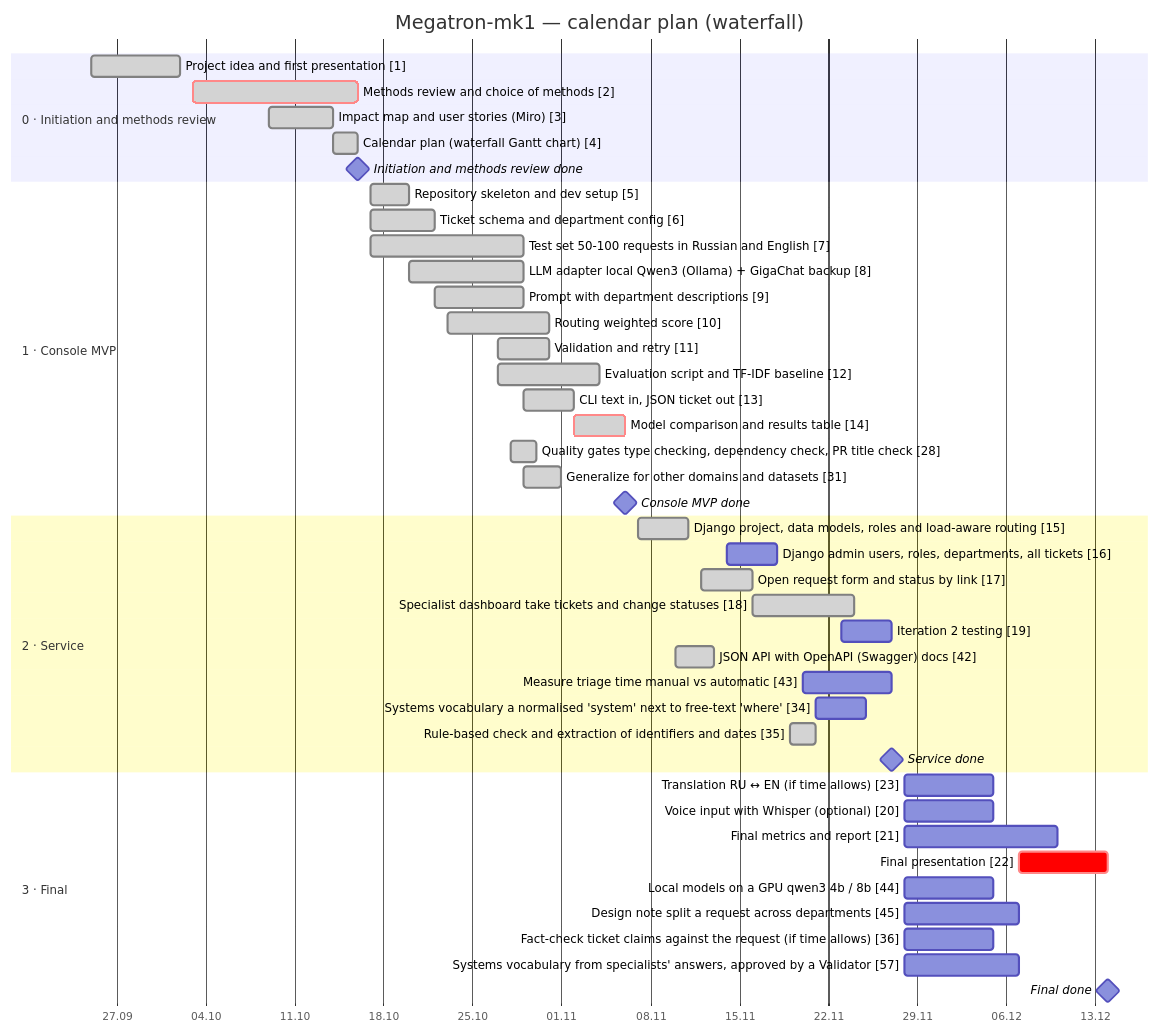
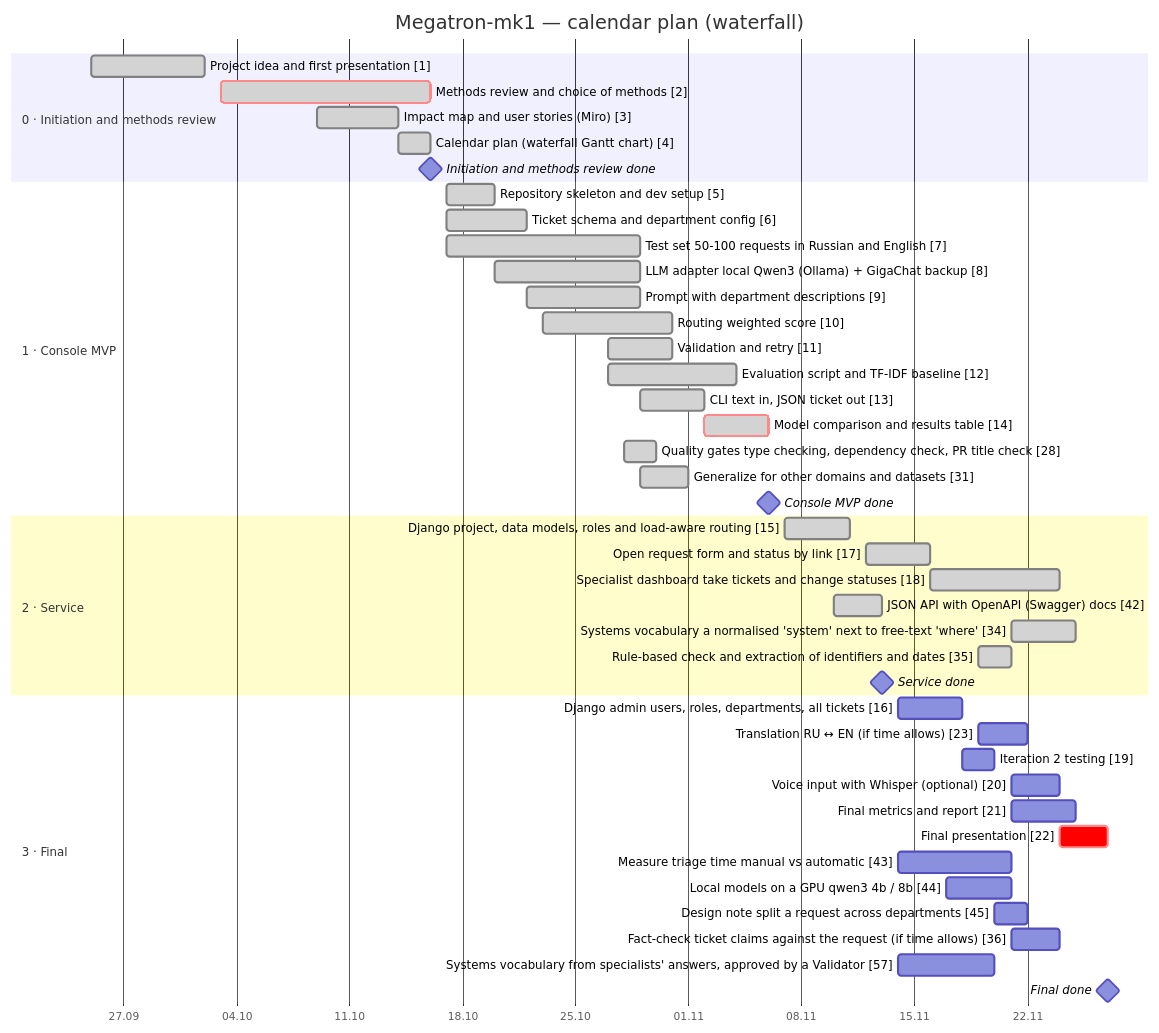
One commit to Leenday/support_megatron_mk1 changed the diagram in README.md. Above: the diagram before and after it, drawn with Mermaid. The commit also changed other lines of this file, not shown here.

First line of the commit message:
docs: iteration 2 report on 13.11, iteration 3 ends 27.11 (#59)

````diff
--- a/README.md
+++ b/README.md
@@ -111,48 +111,48 @@
 ```mermaid
 gantt
     title Megatron-mk1 — calendar plan (waterfall)
     dateFormat YYYY-MM-DD
     axisFormat %d.%m
     todayMarker on
     section 0 · Initiation and methods review
     Project idea and first presentation [1] :done, t1, 2026-09-25, 2026-10-02
     Methods review and choice of methods [2] :done, crit, t2, 2026-10-03, 2026-10-16
     Impact map and user stories (Miro) [3] :done, t3, 2026-10-09, 2026-10-14
     Calendar plan (waterfall Gantt chart) [4] :done, t4, 2026-10-14, 2026-10-16
     Initiation and methods review done :milestone, m0, 2026-10-16, 0d
     section 1 · Console MVP
     Repository skeleton and dev setup [5] :done, t5, 2026-10-17, 2026-10-20
     Ticket schema and department config [6] :done, t6, 2026-10-17, 2026-10-22
     Test set 50-100 requests in Russian and English [7] :done, t7, 2026-10-17, 2026-10-29
     LLM adapter local Qwen3 (Ollama) + GigaChat backup [8] :done, t8, 2026-10-20, 2026-10-29
     Prompt with department descriptions [9] :done, t9, 2026-10-22, 2026-10-29
     Routing weighted score [10] :done, t10, 2026-10-23, 2026-10-31
     Validation and retry [11] :done, t11, 2026-10-27, 2026-10-31
     Evaluation script and TF-IDF baseline [12] :done, t12, 2026-10-27, 2026-11-04
     CLI text in, JSON ticket out [13] :done, t13, 2026-10-29, 2026-11-02
     Model comparison and results table [14] :done, crit, t14, 2026-11-02, 2026-11-06
     Quality gates type checking, dependency check, PR title check [28] :done, t28, 2026-10-28, 2026-10-30
     Generalize for other domains and datasets [31] :done, t31, 2026-10-29, 2026-11-01
     Console MVP done :milestone, m1, 2026-11-06, 0d
     section 2 · Service
     Django project, data models, roles and load-aware routing [15] :done, t15, 2026-11-07, 2026-11-11
-    Django admin users, roles, departments, all tickets [16] :t16, 2026-11-14, 2026-11-18
     Open request form and status by link [17] :done, t17, 2026-11-12, 2026-11-16
     Specialist dashboard take tickets and change statuses [18] :done, t18, 2026-11-16, 2026-11-24
-    Iteration 2 testing [19] :t19, 2026-11-23, 2026-11-27
     JSON API with OpenAPI (Swagger) docs [42] :done, t42, 2026-11-10, 2026-11-13
-    Measure triage time manual vs automatic [43] :t43, 2026-11-20, 2026-11-27
-    Systems vocabulary a normalised 'system' next to free-text 'where' [34] :t34, 2026-11-21, 2026-11-25
+    Systems vocabulary a normalised 'system' next to free-text 'where' [34] :done, t34, 2026-11-21, 2026-11-25
     Rule-based check and extraction of identifiers and dates [35] :done, t35, 2026-11-19, 2026-11-21
-    Service done :milestone, m2, 2026-11-27, 0d
+    Service done :milestone, m2, 2026-11-13, 0d
     section 3 · Final
-    Translation RU ↔ EN (if time allows) [23] :t23, 2026-11-28, 2026-12-05
-    Voice input with Whisper (optional) [20] :t20, 2026-11-28, 2026-12-05
-    Final metrics and report [21] :t21, 2026-11-28, 2026-12-10
-    Final presentation [22] :crit, t22, 2026-12-07, 2026-12-14
-    Local models on a GPU qwen3 4b / 8b [44] :t44, 2026-11-28, 2026-12-05
-    Design note split a request across departments [45] :t45, 2026-11-28, 2026-12-07
-    Fact-check ticket claims against the request (if time allows) [36] :t36, 2026-11-28, 2026-12-05
-    Systems vocabulary from specialists' answers, approved by a Validator [57] :t57, 2026-11-28, 2026-12-07
-    Final done :milestone, m3, 2026-12-14, 0d
+    Django admin users, roles, departments, all tickets [16] :t16, 2026-11-14, 2026-11-18
+    Translation RU ↔ EN (if time allows) [23] :t23, 2026-11-19, 2026-11-22
+    Iteration 2 testing [19] :t19, 2026-11-18, 2026-11-20
+    Voice input with Whisper (optional) [20] :t20, 2026-11-21, 2026-11-24
+    Final metrics and report [21] :t21, 2026-11-21, 2026-11-25
+    Final presentation [22] :crit, t22, 2026-11-24, 2026-11-27
+    Measure triage time manual vs automatic [43] :t43, 2026-11-14, 2026-11-21
+    Local models on a GPU qwen3 4b / 8b [44] :t44, 2026-11-17, 2026-11-21
+    Design note split a request across departments [45] :t45, 2026-11-20, 2026-11-22
+    Fact-check ticket claims against the request (if time allows) [36] :t36, 2026-11-21, 2026-11-24
+    Systems vocabulary from specialists' answers, approved by a Validator [57] :t57, 2026-11-14, 2026-11-20
+    Final done :milestone, m3, 2026-11-27, 0d
 ```
````
